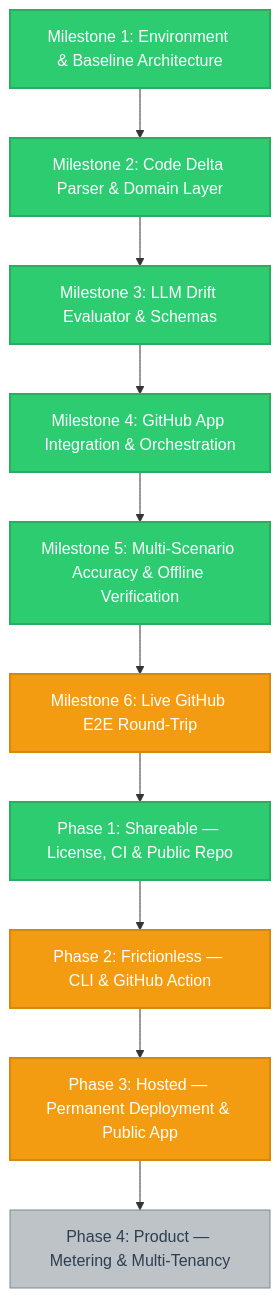
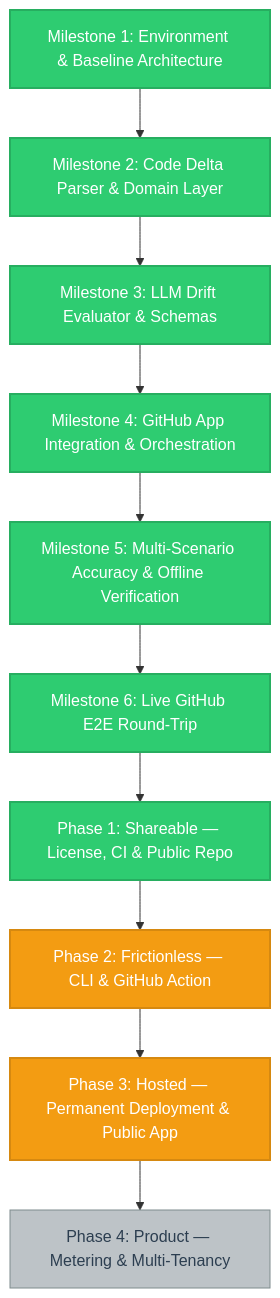
One commit to kaamipresents/readme-realist changed the diagram in PROGRESS.md. Above: the diagram before and after it, drawn with Mermaid. The commit also changed other lines of this file, not shown here.

````diff
--- a/PROGRESS.md
+++ b/PROGRESS.md
@@ -3,45 +3,45 @@
 ```mermaid
 graph TD
     %% Workflow Architecture
     M1[Milestone 1: Environment & Baseline Architecture]
     M2[Milestone 2: Code Delta Parser & Domain Layer]
     M3[Milestone 3: LLM Drift Evaluator & Schemas]
     M4[Milestone 4: GitHub App Integration & Orchestration]
     M5[Milestone 5: Multi-Scenario Accuracy & Offline Verification]
     M6[Milestone 6: Live GitHub E2E Round-Trip]
 
     %% Distribution Track
     P1[Phase 1: Shareable — License, CI & Public Repo]
     P2[Phase 2: Frictionless — CLI & GitHub Action]
     P3[Phase 3: Hosted — Permanent Deployment & Public App]
     P4[Phase 4: Product — Metering & Multi-Tenancy]
 
     %% Dependencies
     M1 --> M2
     M2 --> M3
     M3 --> M4
     M4 --> M5
     M5 --> M6
     M6 --> P1
     P1 --> P2
     P2 --> P3
     P3 --> P4
 
     %% Style Classes
     classDef done fill:#2ecc71,stroke:#27ae60,stroke-width:2px,color:#ffffff;
     classDef active fill:#f39c12,stroke:#d68910,stroke-width:2px,color:#ffffff;
     classDef blocked fill:#e74c3c,stroke:#c0392b,stroke-width:2px,color:#ffffff;
     classDef todo fill:#bdc3c7,stroke:#7f8c8d,stroke-width:1px,color:#2c3e50;
 
     %% Dynamic Node State Assignments
     class M1 done;
     class M2 done;
     class M3 done;
     class M4 done;
     class M5 done;
-    class M6 active;
+    class M6 done;
     class P1 done;
     class P2 active;
     class P3 active;
     class P4 todo;
 ```
````
